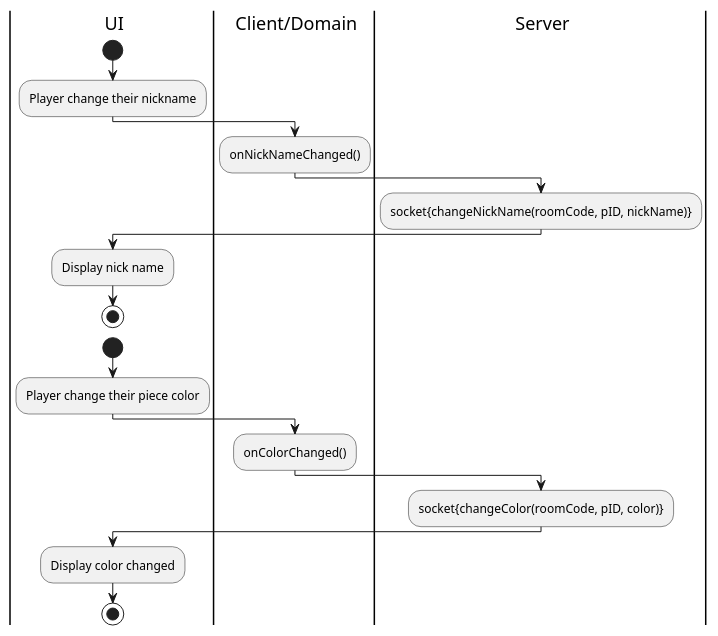
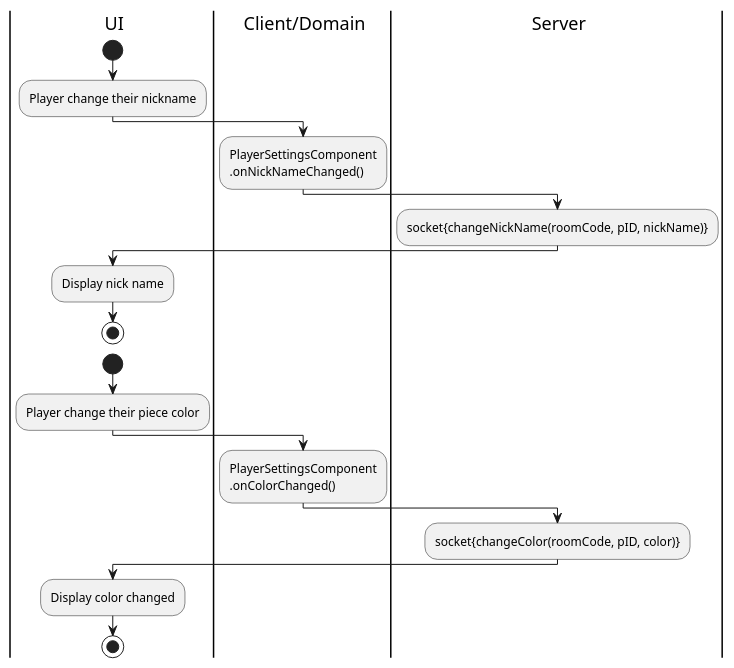
One commit to ducklin5/TTetris changed the diagram in docs/ActivityDiagramPlayerSettings.puml. Above: the diagram before and after it, drawn with PlantUML. The commit also changed 38 other files, not shown here.

Commit message:
feat: compile preliminary design diagrams to pdf

```diff
--- a/docs/ActivityDiagramPlayerSettings.puml
+++ b/docs/ActivityDiagramPlayerSettings.puml
@@ -1,40 +1,42 @@
-@startuml JoinRoom
+@startuml ActivityDiagramPlayerSettings
 skinparam linetype ortho
 
 |ui| UI
 |cd| Client/Domain
 |sd| Server
 
 |ui|
 start
 
 |ui|
 :Player change their nickname;
 
 |cd| 
-:onNickNameChanged();
+:PlayerSettingsComponent
+.onNickNameChanged();
 
 |sd|
 :socket{changeNickName(roomCode, pID, nickName)};
 |ui|
 :Display nick name;
 stop
 
 |ui|
 start
 :Player change their piece color;
 
 |cd|
-:onColorChanged();
+:PlayerSettingsComponent
+.onColorChanged();
 
 |sd|
 :socket{changeColor(roomCode, pID, color)};
 
 |ui|
 :Display color changed;
 
 |ui|
 stop
 
 
 @enduml
```
